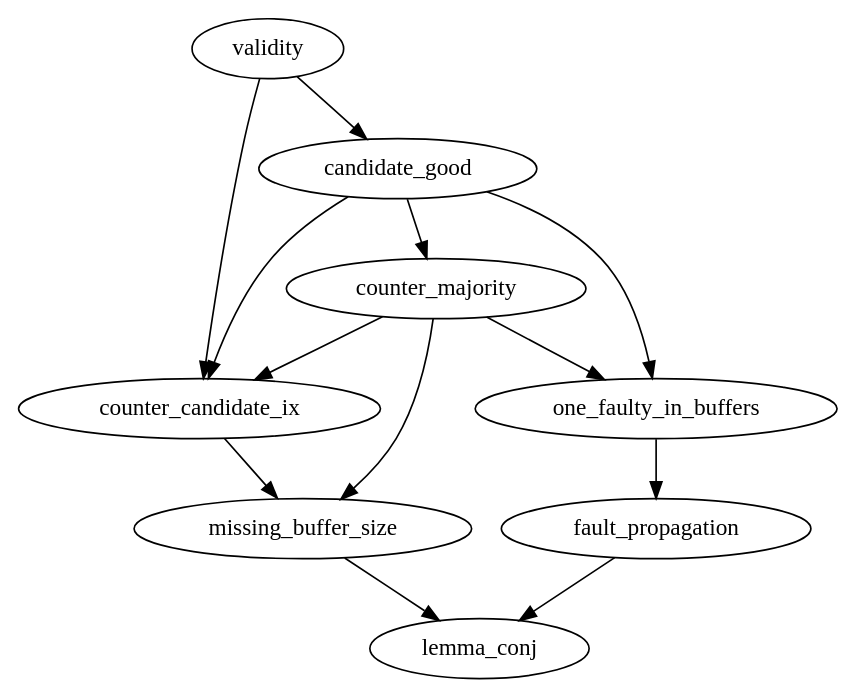
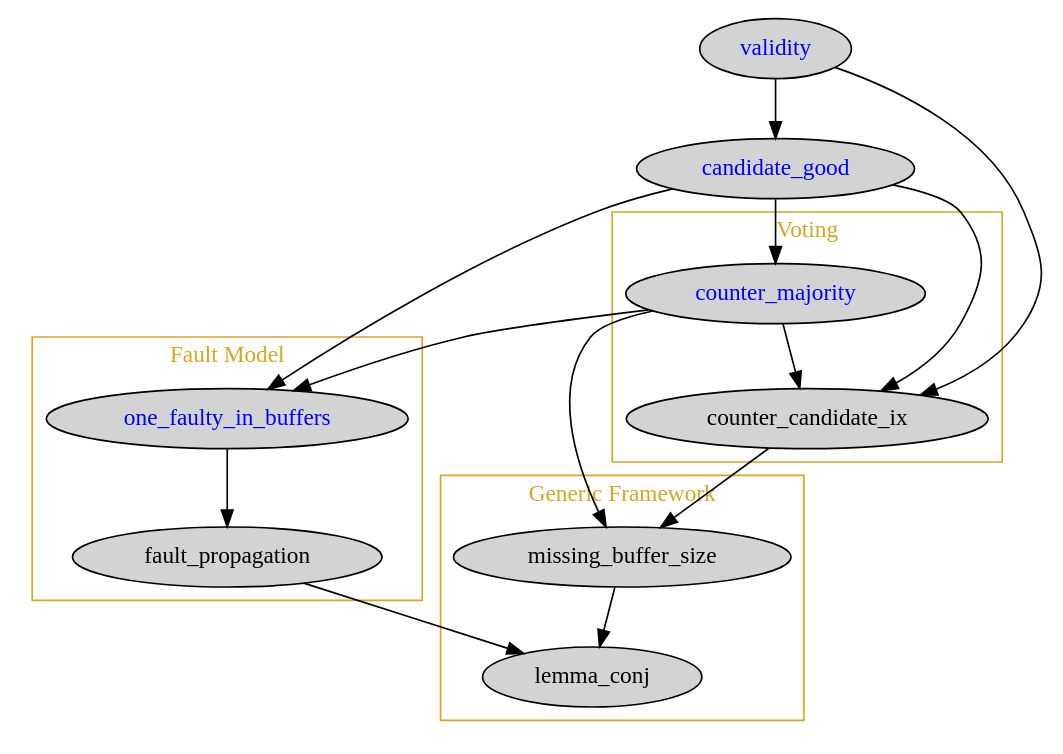
One commit to GaloisInc/nasa-affirm changed the diagram in source/experiments/SAL/OM/proof_graph.dot. Above: the diagram before and after it, drawn with Graphviz. The commit also changed 3 other files, not shown here.

Commit message:
Updated proof graph; added a Makefile to generate png/pdf

```diff
--- a/source/experiments/SAL/OM/proof_graph.dot
+++ b/source/experiments/SAL/OM/proof_graph.dot
@@ -1,29 +1,53 @@
 digraph proof {
-    v [label="validity"];
-    cg [label="candidate_good"];
-    cm [label="counter_majority"];
-    cci [label="counter_candidate_ix"];
-    ofb [label="one_faulty_in_buffers"];
-    fp [label="fault_propagation"];
-    mbs [label="missing_buffer_size"];
-    lc [label="lemma_conj"];
+    graph [nodesep=0.6];
+    /* edge  [weight=0.8]; */
+    node [style=filled];
+
+    v [label="validity", fontcolor="blue"];
+    cg [label="candidate_good", fontcolor="blue"];
+
+    subgraph cluster_voting {
+        cm [label="counter_majority", fontcolor="blue"];
+        cci [label="counter_candidate_ix"];
+        cm -> cci;
+
+        label = "Voting";
+        color = "goldenrod";
+        fontcolor = "goldenrod";
+    }
+
+    subgraph cluster_fault {
+        ofb [label="one_faulty_in_buffers", fontcolor="blue"];
+        fp [label="fault_propagation"];
+        ofb -> fp;
+
+        label = "Fault Model";
+        color = "goldenrod";
+        fontcolor = "goldenrod";
+    }
+
+    subgraph cluster_framework {
+        mbs [label="missing_buffer_size"];
+        lc [label="lemma_conj"];
+        mbs -> lc;
+
+        label = "Generic Framework";
+        color = "goldenrod";
+        fontcolor = "goldenrod";
+    }
 
     v -> cg;
     v -> cci;
+    v -> ofb [style=invis];
 
     cg -> cm;
     cg -> cci;
     cg -> ofb;
 
-    cm -> cci;
     cm -> ofb;
     cm -> mbs;
 
     cci -> mbs;
 
-    ofb -> fp;
-
-    mbs -> lc;
-
     fp -> lc;
 }
```
